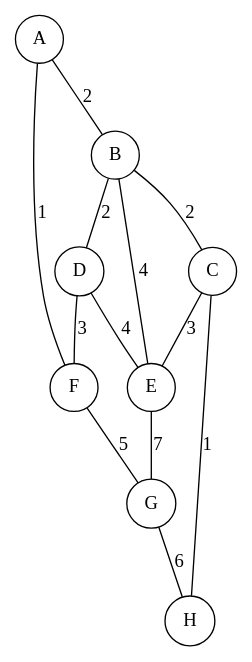
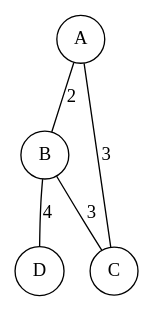
Before and after one commit to Sebusa/Proyecto-IO: the diagram in Graphs/prueba.gv, drawn with Graphviz. The commit also changed 7 other files, not shown here.

```diff
--- a/Graphs/prueba.gv
+++ b/Graphs/prueba.gv
@@ -1,23 +1,11 @@
 graph prueba {
 	node [shape=circle]
 	A
 	B
 	C
 	D
-	E
-	F
-	G
-	H
 	A -- B [label=2]
-	A -- F [label=1]
-	B -- C [label=2]
-	B -- D [label=2]
-	B -- E [label=4]
-	C -- E [label=3]
-	C -- H [label=1]
-	D -- E [label=4]
-	D -- F [label=3]
-	E -- G [label=7]
-	F -- G [label=5]
-	G -- H [label=6]
+	A -- C [label=3]
+	B -- C [label=3]
+	B -- D [label=4]
 }
```
